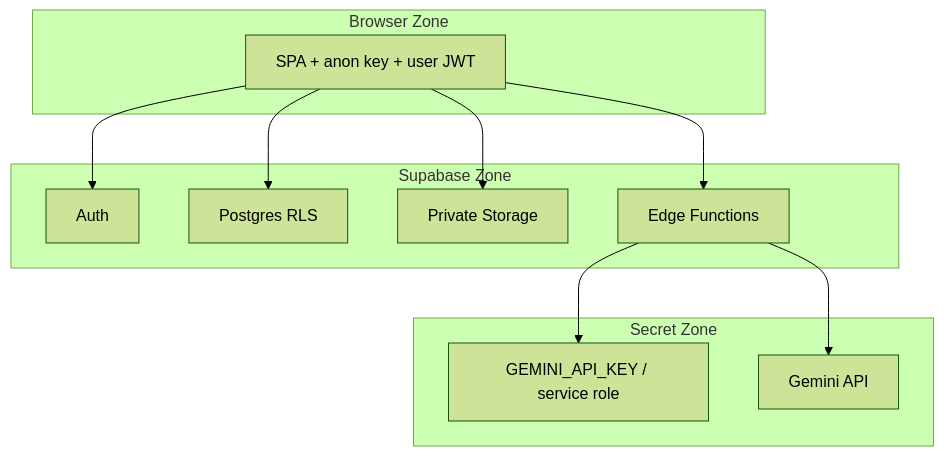
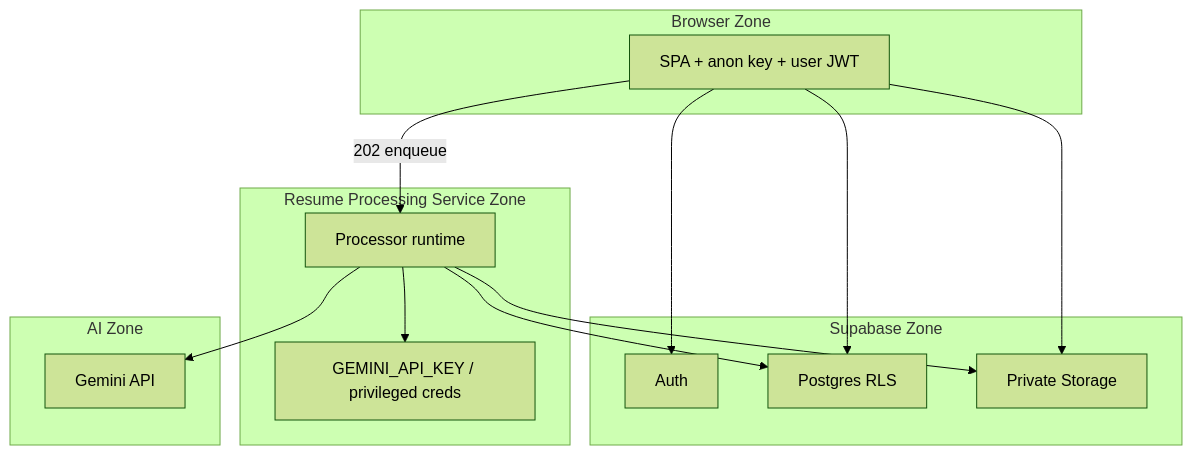
Before and after one commit to VishnuVardhan-CH-2022/resume-rank-ai-dev: diagram 16 of 17 in docs/02-design/04-System-Design-Document.md, drawn with Mermaid (forest theme). The commit also changed other lines of this file and 4 other files, not shown here.

````diff
--- a/docs/02-design/04-System-Design-Document.md
+++ b/docs/02-design/04-System-Design-Document.md
@@ -1125,22 +1040,26 @@
 ```mermaid
 flowchart TB
   subgraph BrowserZone["Browser Zone"]
     SPA[SPA + anon key + user JWT]
   end
   subgraph SupabaseZone["Supabase Zone"]
     Auth[Auth]
     RLS[Postgres RLS]
     ST[Private Storage]
-    EF[Edge Functions]
   end
-  subgraph SecretZone["Secret Zone"]
-    Keys[GEMINI_API_KEY / service role]
+  subgraph ProcessorZone["Resume Processing Service Zone"]
+    RPS[Processor runtime]
+    Keys[GEMINI_API_KEY / privileged creds]
+  end
+  subgraph AIZone["AI Zone"]
     Gemini[Gemini API]
   end
   SPA --> Auth
   SPA --> RLS
   SPA --> ST
-  SPA --> EF
-  EF --> Keys
-  EF --> Gemini
+  SPA -->|202 enqueue| RPS
+  RPS --> Keys
+  RPS --> Gemini
+  RPS --> RLS
+  RPS --> ST
 ```
````
